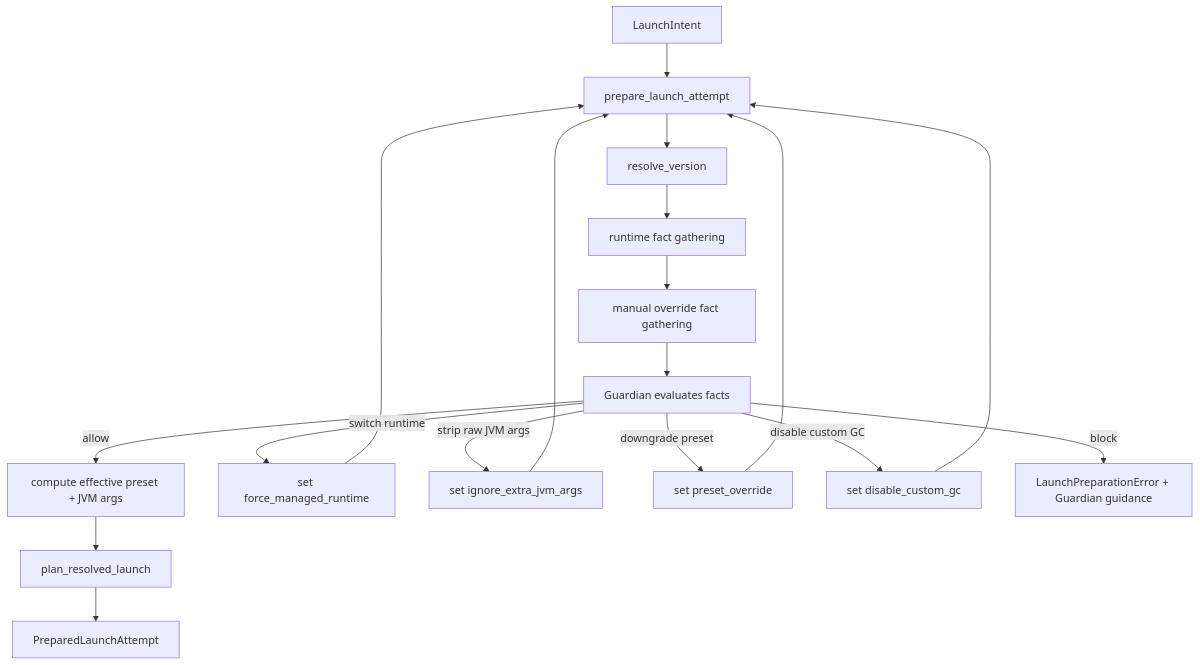
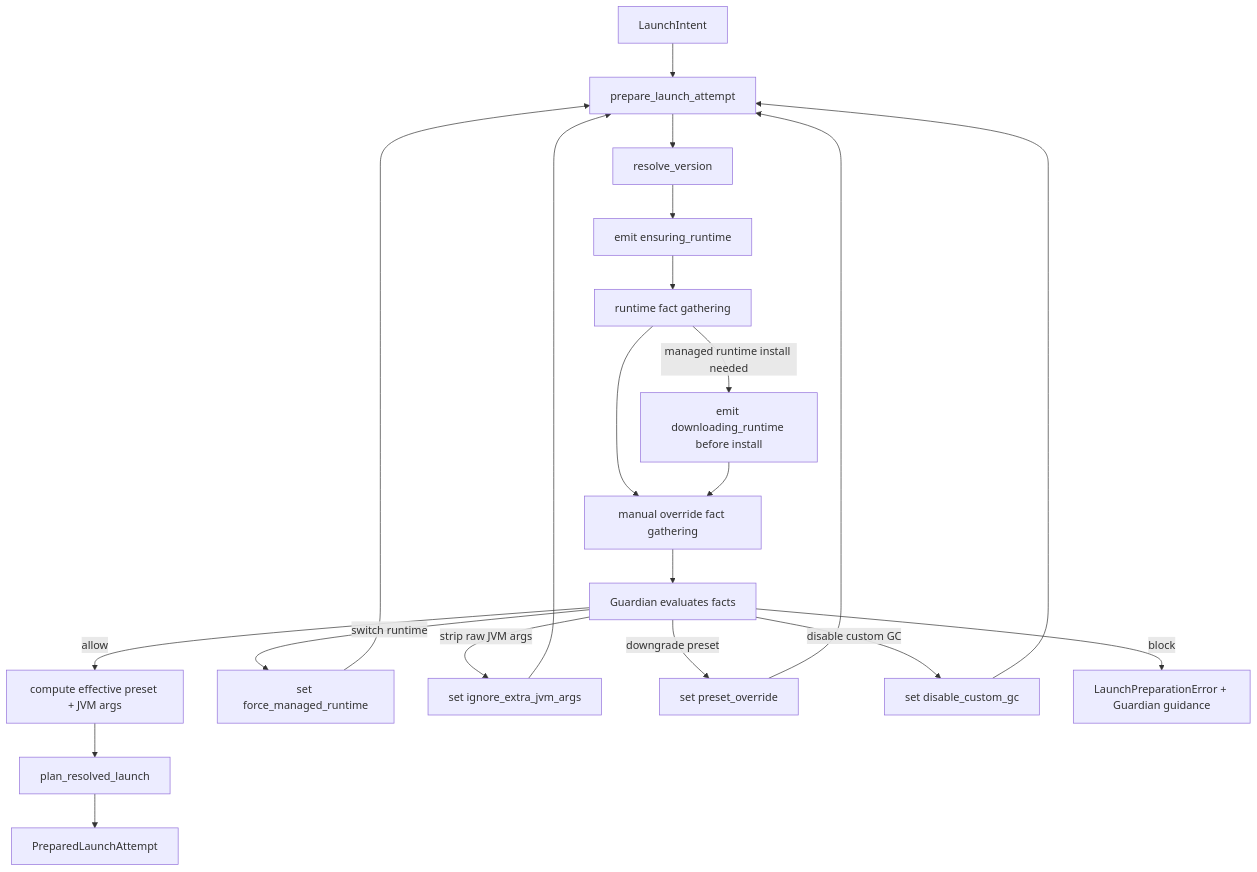
Before and after one commit to mateoltd/croopor: the third of 9 diagrams in docs/ARCHITECTURE.md, drawn with Mermaid. The commit also changed other lines of this file and 7 other files, not shown here.

Commit message:
fix(launch): surface runtime preparation states

````diff
--- a/docs/ARCHITECTURE.md
+++ b/docs/ARCHITECTURE.md
@@ -103,20 +104,23 @@
 ```mermaid
 flowchart TD
     A[LaunchIntent] --> B[prepare_launch_attempt]
     B --> C[resolve_version]
-    C --> D[runtime fact gathering]
-    D --> E[manual override fact gathering]
-    E --> F[Guardian evaluates facts]
-    F -->|allow| G[compute effective preset + JVM args]
-    F -->|switch runtime| H[set force_managed_runtime]
-    F -->|strip raw JVM args| I[set ignore_extra_jvm_args]
-    F -->|downgrade preset| J[set preset_override]
-    F -->|disable custom GC| K[set disable_custom_gc]
-    F -->|block| L[LaunchPreparationError + Guardian guidance]
-    H --> B
-    I --> B
+    C --> D[emit ensuring_runtime]
+    D --> E[runtime fact gathering]
+    E -->|managed runtime install needed| F[emit downloading_runtime before install]
+    E --> G[manual override fact gathering]
+    F --> G
+    G --> H[Guardian evaluates facts]
+    H -->|allow| I[compute effective preset + JVM args]
+    H -->|switch runtime| J[set force_managed_runtime]
+    H -->|strip raw JVM args| K[set ignore_extra_jvm_args]
+    H -->|downgrade preset| L[set preset_override]
+    H -->|disable custom GC| M[set disable_custom_gc]
+    H -->|block| N[LaunchPreparationError + Guardian guidance]
     J --> B
     K --> B
-    G --> M[plan_resolved_launch]
-    M --> N[PreparedLaunchAttempt]
+    L --> B
+    M --> B
+    I --> O[plan_resolved_launch]
+    O --> P[PreparedLaunchAttempt]
 ```
````
